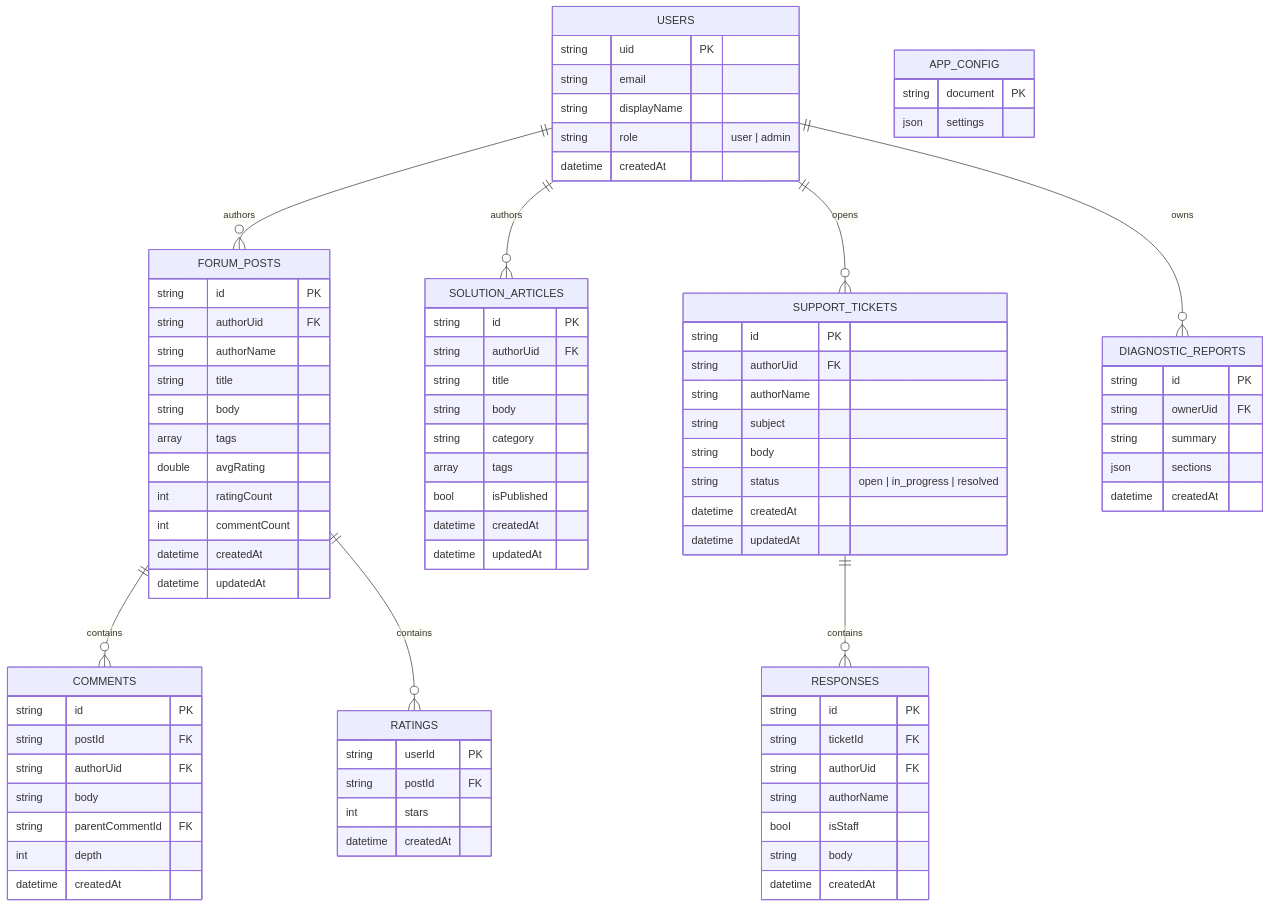
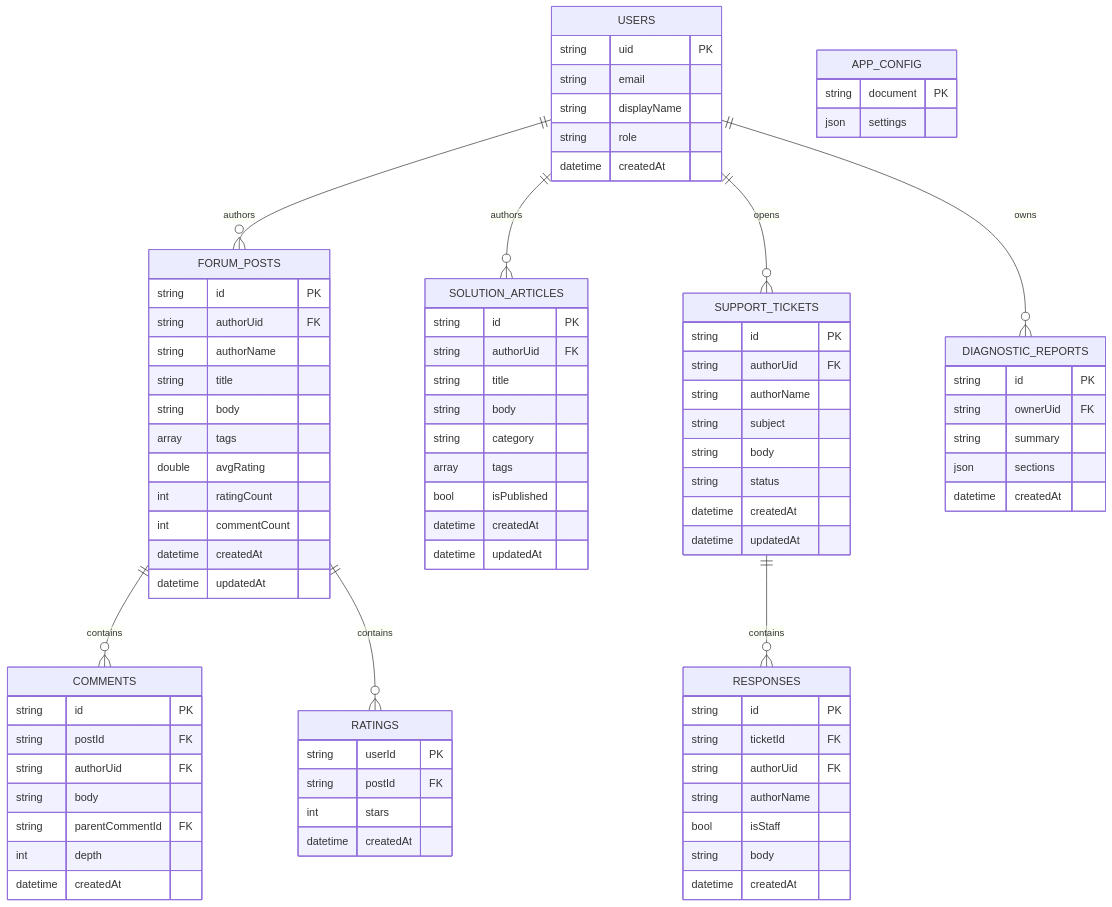
One commit to codeHannan/Hardware-Diagnostic-Platform-Blazor changed the fifth of 19 diagrams in DESIGN.md. Above: the diagram before and after it, drawn with Mermaid. The commit also changed other lines of this file and 38 other files, not shown here.

```diff
--- a/DESIGN.md
+++ b/DESIGN.md
@@ -535,7 +610,7 @@
         string uid PK
         string email
         string displayName
-        string role "user | admin"
+        string role
         datetime createdAt
     }
     FORUM_POSTS {
@@ -583,7 +658,7 @@
         string authorName
         string subject
         string body
-        string status "open | in_progress | resolved"
+        string status
         datetime createdAt
         datetime updatedAt
     }
```
